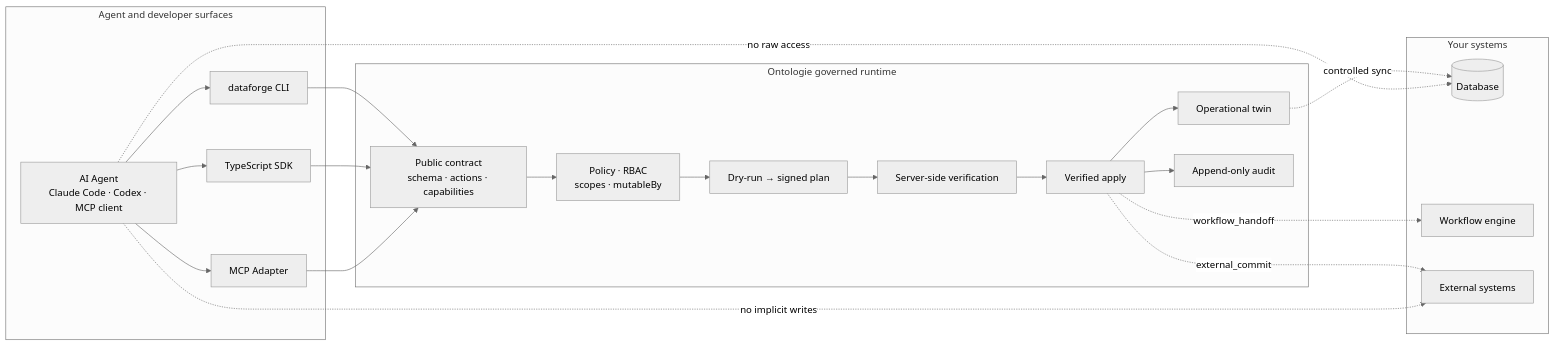
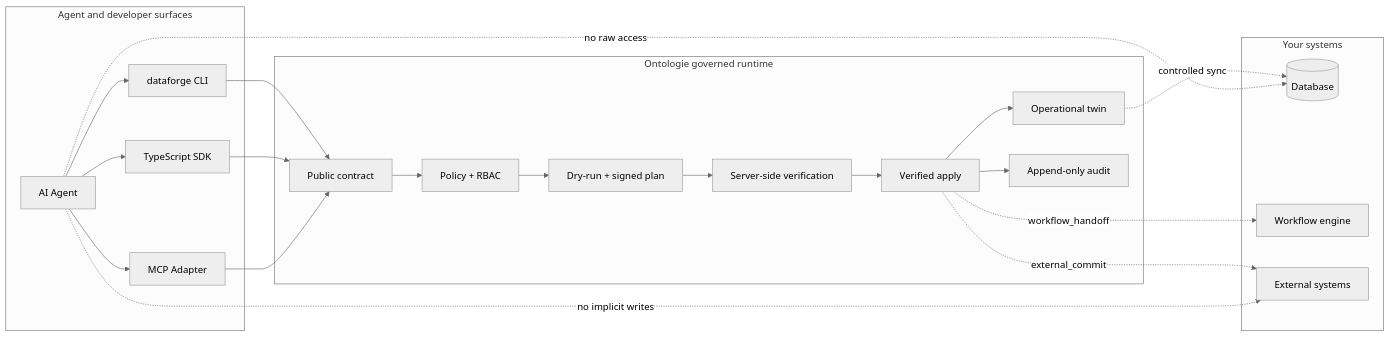
The second of 3 diagrams in README.md (growthsystemes/ontologie-docs), drawn with Mermaid (neutral theme) before and after one commit. The commit also changed other lines of this file, not shown here.

Commit message:
docs: fix mermaid diagrams — remove unsupported HTML tags

````diff
--- a/README.md
+++ b/README.md
@@ -148,47 +148,47 @@
 ```mermaid
 flowchart LR
   subgraph Agent["Agent and developer surfaces"]
-    A["AI Agent<br/>Claude Code · Codex · MCP client"]
+    A["AI Agent"]
     CLI["dataforge CLI"]
     SDK["TypeScript SDK"]
     MCP["MCP Adapter"]
   end
 
   subgraph Runtime["Ontologie governed runtime"]
-    Contract["Public contract<br/>schema · actions · capabilities"]
-    Guard["Policy · RBAC<br/>scopes · mutableBy"]
-    Plan["Dry-run → signed plan"]
+    Contract["Public contract"]
+    Guard["Policy + RBAC"]
+    Plan["Dry-run + signed plan"]
     Verify["Server-side verification"]
     Apply["Verified apply"]
     Twin["Operational twin"]
     Audit["Append-only audit"]
   end
 
   subgraph Systems["Your systems"]
     DB[("Database")]
     Workflow["Workflow engine"]
     External["External systems"]
   end
 
   A --> CLI
   A --> SDK
   A --> MCP
 
   CLI --> Contract
   SDK --> Contract
   MCP --> Contract
 
   Contract --> Guard
   Guard --> Plan
   Plan --> Verify
   Verify --> Apply
   Apply --> Twin
   Apply --> Audit
 
   Twin -. "controlled sync" .-> DB
   Apply -. "workflow_handoff" .-> Workflow
   Apply -. "external_commit" .-> External
 
   A -. "no raw access" .-> DB
   A -. "no implicit writes" .-> External
 ```
````
